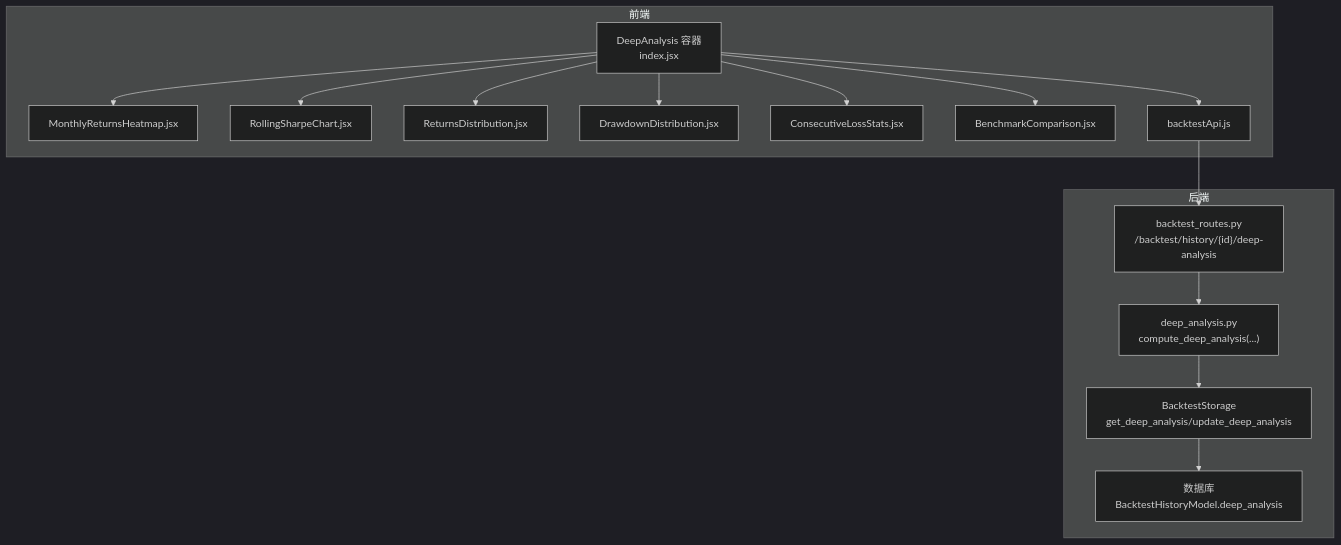
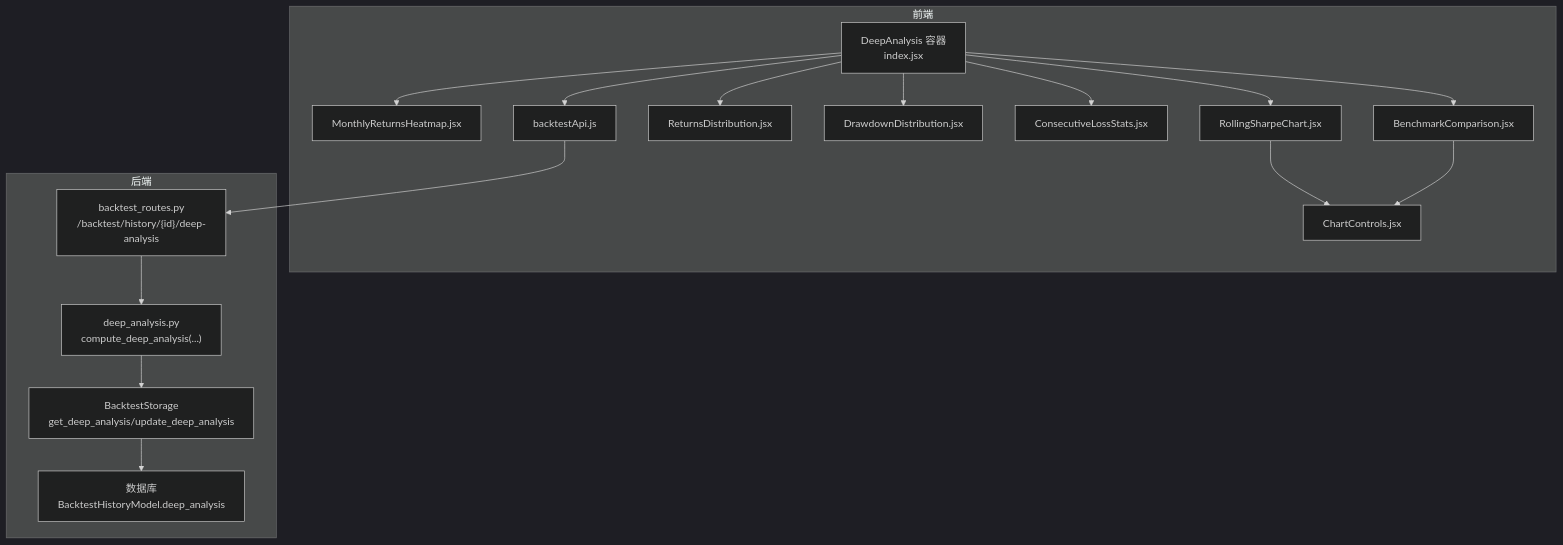
Before and after one commit to faryhuo/backtrader: the first of 7 diagrams in .qoder/repowiki/zh/content/核心功能详解/深度分析功能.md, drawn with Mermaid (dark theme). The commit also changed other lines of this file and 28 other files, not shown here.

````diff
--- a/.qoder/repowiki/zh/content/核心功能详解/深度分析功能.md
+++ b/.qoder/repowiki/zh/content/核心功能详解/深度分析功能.md
@@ -43,30 +51,33 @@
 ```mermaid
 graph TB
 subgraph "前端"
 DA["DeepAnalysis 容器<br/>index.jsx"]
 M["MonthlyReturnsHeatmap.jsx"]
 RS["RollingSharpeChart.jsx"]
 RD["ReturnsDistribution.jsx"]
 DD["DrawdownDistribution.jsx"]
 CL["ConsecutiveLossStats.jsx"]
 BC["BenchmarkComparison.jsx"]
 API["backtestApi.js"]
+CC["ChartControls.jsx"]
 end
 subgraph "后端"
 RT["backtest_routes.py<br/>/backtest/history/{id}/deep-analysis"]
 SA["deep_analysis.py<br/>compute_deep_analysis(...)"]
 ST["BacktestStorage<br/>get_deep_analysis/update_deep_analysis"]
 DB["数据库<br/>BacktestHistoryModel.deep_analysis"]
 end
 DA --> API
 API --> RT
 RT --> SA
 SA --> ST
 ST --> DB
 DA --> M
 DA --> RS
 DA --> RD
 DA --> DD
 DA --> CL
 DA --> BC
+RS --> CC
+BC --> CC
 ```
````
